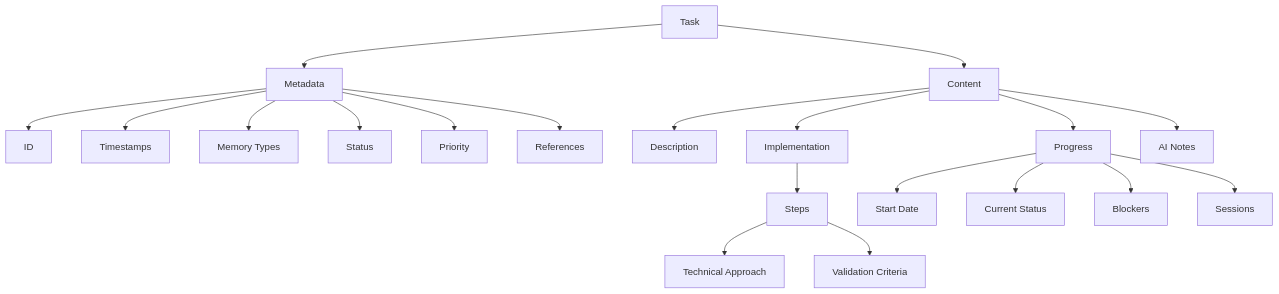
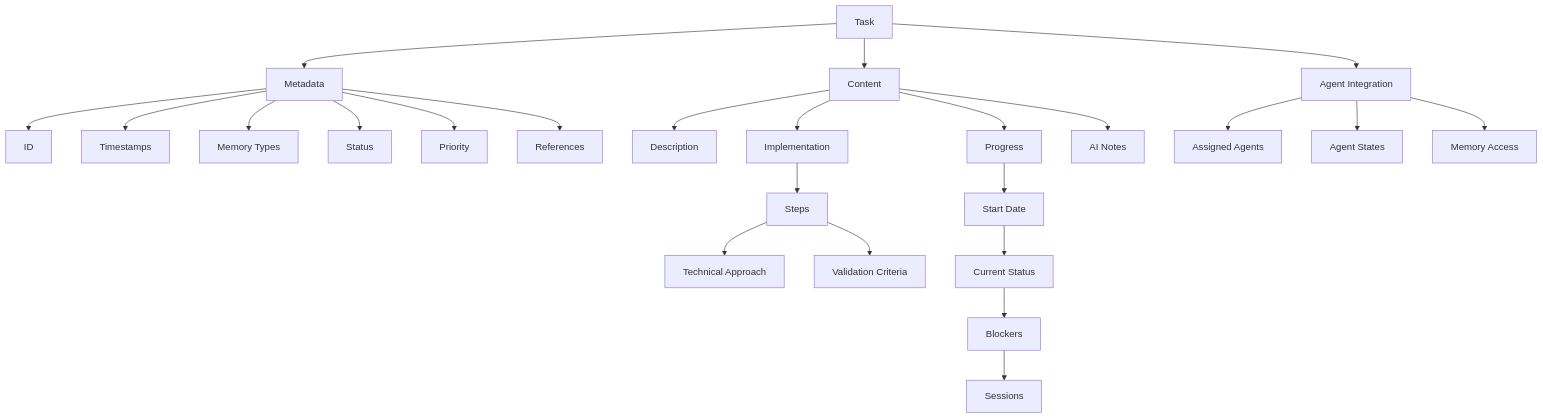
Before and after one commit to FixingPixels/Aegis: the diagram in docs/tasks.md, drawn with Mermaid. The commit also changed other lines of this file and 19 other files, not shown here.

````diff
--- a/docs/tasks.md
+++ b/docs/tasks.md
@@ -7,26 +7,31 @@
 ```mermaid
 graph TD
     A[Task] --> B[Metadata]
     A --> C[Content]
+    A --> D[Agent Integration]
     
     B --> B1[ID]
     B --> B2[Timestamps]
     B --> B3[Memory Types]
     B --> B4[Status]
     B --> B5[Priority]
     B --> B6[References]
     
     C --> C1[Description]
     C --> C2[Implementation]
     C --> C3[Progress]
     C --> C4[AI Notes]
     
-    C2 --> D1[Steps]
-    D1 --> E1[Technical Approach]
-    D1 --> E2[Validation Criteria]
+    D --> D1[Assigned Agents]
+    D --> D2[Agent States]
+    D --> D3[Memory Access]
     
-    C3 --> F1[Start Date]
-    C3 --> F2[Current Status]
-    C3 --> F3[Blockers]
-    C3 --> F4[Sessions]
+    C2 --> E1[Steps]
+    E1 --> F1[Technical Approach]
+    E1 --> F2[Validation Criteria]
+    
+    C3 --> G1[Start Date]
+    G1 --> H1[Current Status]
+    H1 --> H2[Blockers]
+    H2 --> H3[Sessions]
 ```
````
